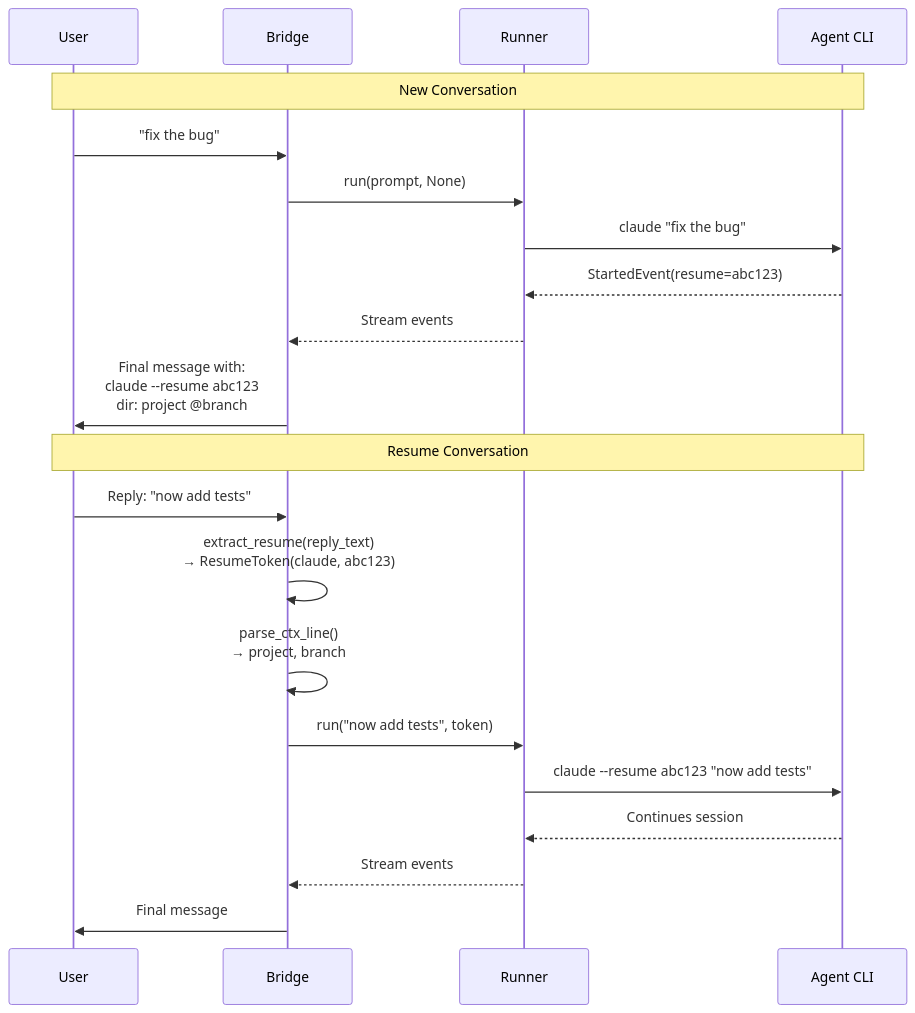
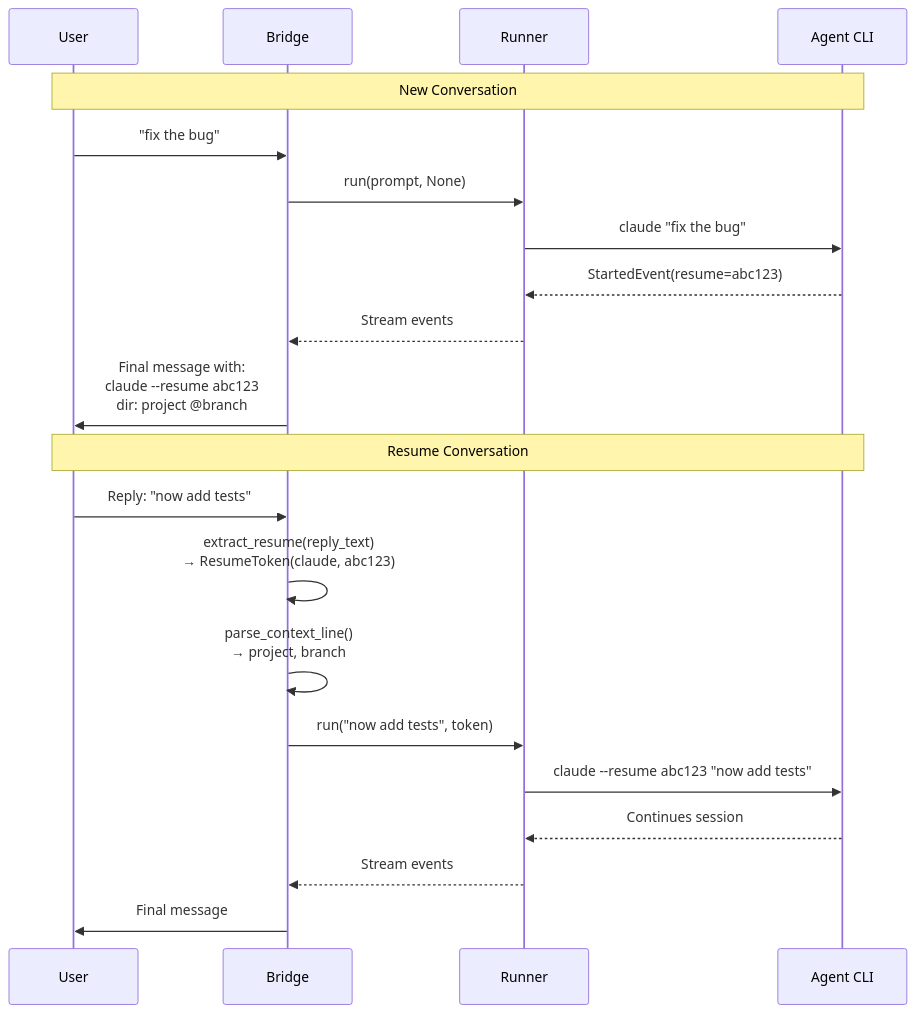
The sixth of 9 diagrams in docs/explanation/architecture.md (littlebearapps/untether), drawn with Mermaid before and after one commit. The commit also changed other lines of this file and 409 other files, not shown here.

````diff
--- a/docs/explanation/architecture.md
+++ b/docs/explanation/architecture.md
@@ -252,25 +286,25 @@
 ```mermaid
 sequenceDiagram
     participant User
     participant Bridge
     participant Runner
     participant CLI as Agent CLI
 
     Note over User,CLI: New Conversation
     User->>Bridge: "fix the bug"
     Bridge->>Runner: run(prompt, None)
     Runner->>CLI: claude "fix the bug"
     CLI-->>Runner: StartedEvent(resume=abc123)
     Runner-->>Bridge: Stream events
     Bridge->>User: Final message with:<br/>claude --resume abc123<br/>dir: project @branch
 
     Note over User,CLI: Resume Conversation
     User->>Bridge: Reply: "now add tests"
     Bridge->>Bridge: extract_resume(reply_text)<br/>→ ResumeToken(claude, abc123)
-    Bridge->>Bridge: parse_ctx_line()<br/>→ project, branch
+    Bridge->>Bridge: parse_context_line()<br/>→ project, branch
     Bridge->>Runner: run("now add tests", token)
     Runner->>CLI: claude --resume abc123 "now add tests"
     CLI-->>Runner: Continues session
     Runner-->>Bridge: Stream events
     Bridge->>User: Final message
 ```
````
